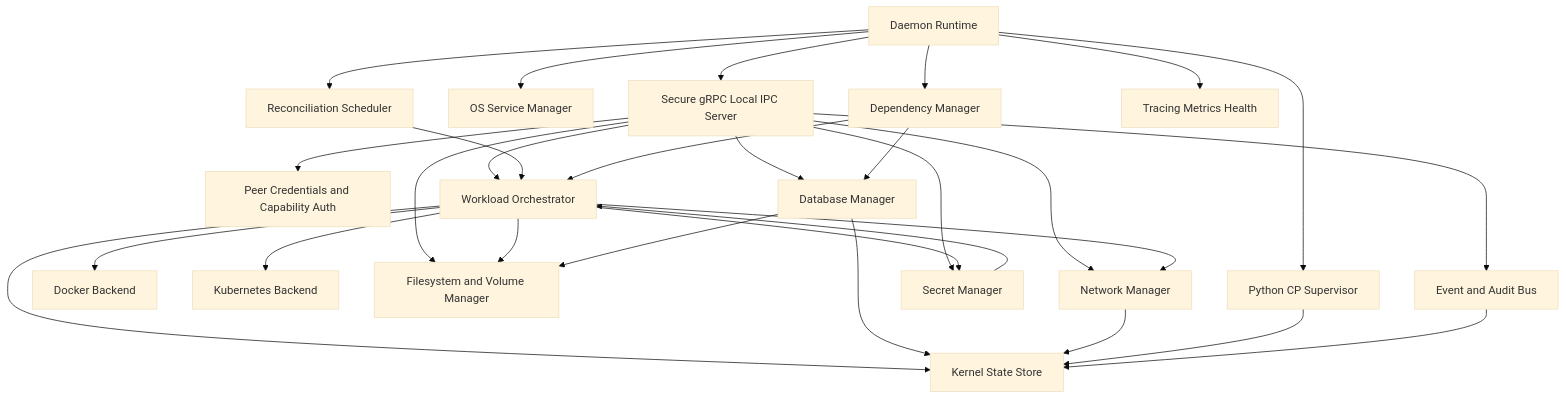
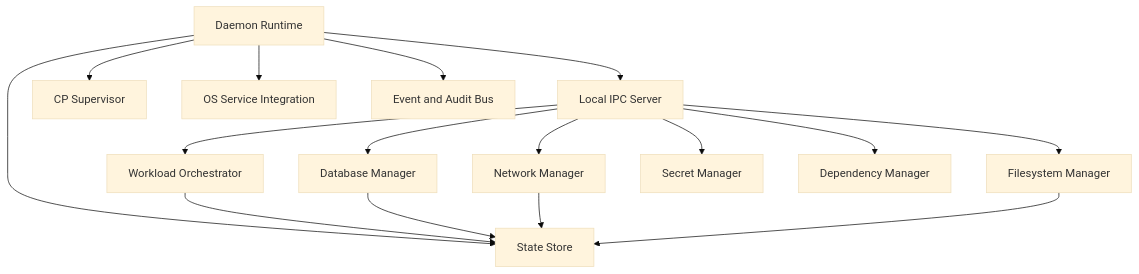
One commit to Psyborgs-git/Vloop-harness changed the third of 4 diagrams in docs/fix-plan.md. Above: the diagram before and after it, drawn with Mermaid (base theme). The commit also changed other lines of this file and 182 other files, not shown here.

````diff
--- a/docs/fix-plan.md
+++ b/docs/fix-plan.md
@@ -212,49 +155,31 @@
 ```mermaid
 flowchart TB
     Daemon[Daemon Runtime]
-    IPC[Secure gRPC Local IPC Server]
-    Auth[Peer Credentials and Capability Auth]
-    Supervisor[Python CP Supervisor]
-    Service[OS Service Manager]
+    IPC[Local IPC Server]
+    Supervisor[CP Supervisor]
+    Workloads[Workload Orchestrator]
+    Files[Filesystem Manager]
+    Databases[Database Manager]
+    Network[Network Manager]
+    Secrets[Secret Manager]
     Deps[Dependency Manager]
-    Scheduler[Reconciliation Scheduler]
-    Workload[Workload Orchestrator]
-    Docker[Docker Backend]
-    Kube[Kubernetes Backend]
-    FS[Filesystem and Volume Manager]
-    DB[Database Manager]
-    Net[Network Manager]
-    Secrets[Secret Manager]
+    Service[OS Service Integration]
     Events[Event and Audit Bus]
-    State[Kernel State Store]
-    Obs[Tracing Metrics Health]
+    State[State Store]
 
     Daemon --> IPC
-    IPC --> Auth
-    IPC --> Workload
-    IPC --> FS
-    IPC --> DB
-    IPC --> Net
-    IPC --> Secrets
-    IPC --> Events
     Daemon --> Supervisor
     Daemon --> Service
-    Daemon --> Deps
-    Daemon --> Scheduler
-    Scheduler --> Workload
-    Workload --> Docker
-    Workload --> Kube
-    Workload --> FS
-    Workload --> Net
-    Workload --> Secrets
-    DB --> FS
-    Deps --> DB
-    Deps --> Workload
-    Secrets --> Workload
-    Workload --> State
-    DB --> State
-    Net --> State
-    Supervisor --> State
-    Events --> State
-    Daemon --> Obs
+    Daemon --> Events
+    Daemon --> State
+    IPC --> Workloads
+    IPC --> Files
+    IPC --> Databases
+    IPC --> Network
+    IPC --> Secrets
+    IPC --> Deps
+    Workloads --> State
+    Databases --> State
+    Network --> State
+    Files --> State
 ```
````
